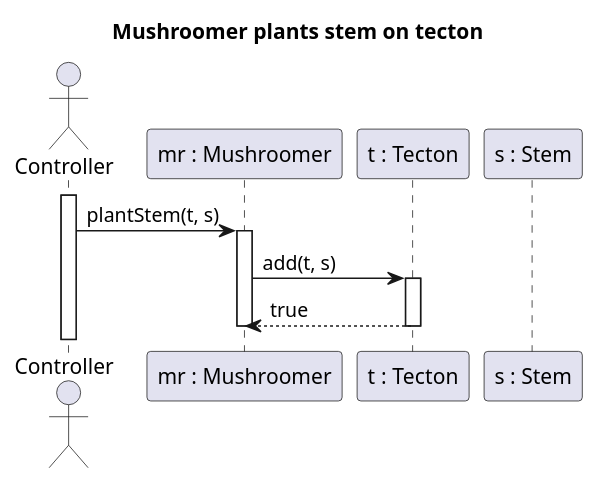
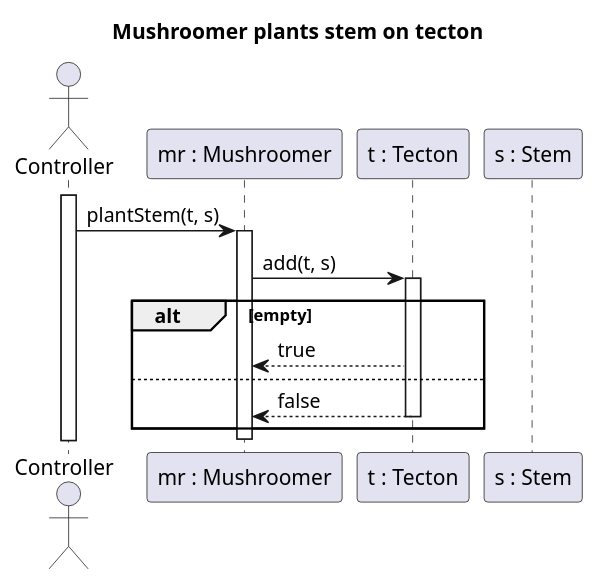
The diagram in 5/sequences/stem/plantsStem.puml (Petya-G/fungorium), drawn with PlantUML before and after one commit. The commit also changed 2 other files, not shown here.

Commit message:
growStem on tecton fix

```diff
--- a/5/sequences/stem/plantsStem.puml
+++ b/5/sequences/stem/plantsStem.puml
@@ -1,20 +1,24 @@
-@startuml Mushroomer plants stem on tecton
+@startuml MushroomerPlantsStemOnTecton
 title Mushroomer plants stem on tecton
 
 actor Controller
 participant "mr : Mushroomer" as MR
 participant "t : Tecton" as T
 participant "s : Stem" as S
 
 activate Controller
 Controller -> MR : plantStem(t, s)
 activate MR
 
 MR -> T : add(t, s)
 activate T
 
+alt empty
 MR <-- T : true
+else
+MR <-- T : false
 deactivate T
+end
 
 deactivate MR
 @enduml
```
